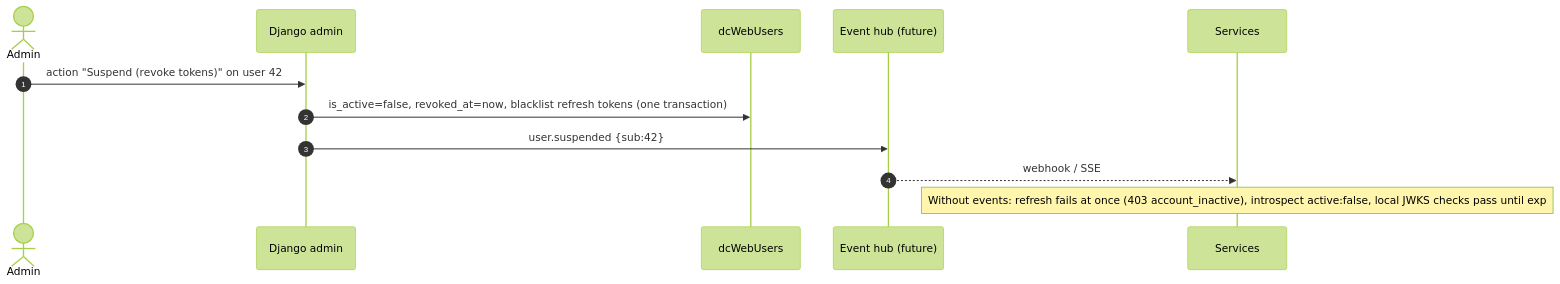
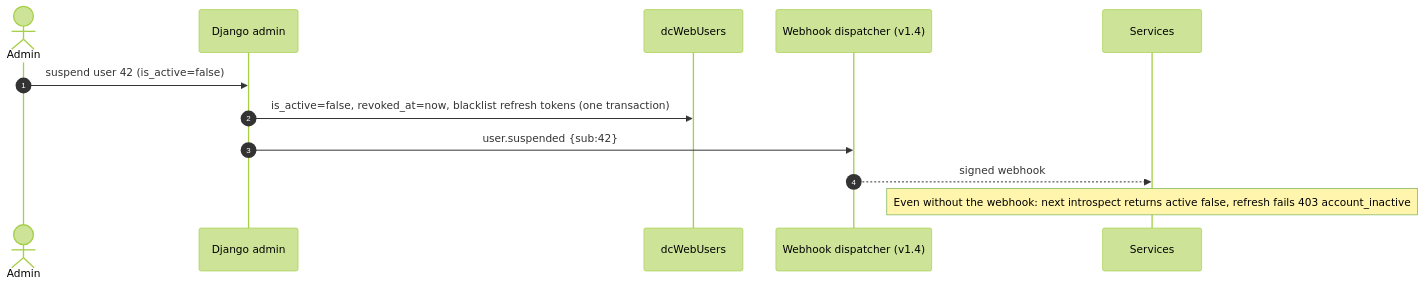
One commit to Neural-Matrix-LLC/SSO-server changed the eighth of 10 diagrams in docs/DESIGN-v1.2-requirements.md. Above: the diagram before and after it, drawn with Mermaid (forest theme). The commit also changed other lines of this file and 4 other files, not shown here.

````diff
--- a/docs/DESIGN-v1.2-requirements.md
+++ b/docs/DESIGN-v1.2-requirements.md
@@ -280,14 +345,14 @@
 ```mermaid
 sequenceDiagram
   autonumber
   actor A as Admin
   participant AD as Django admin
   participant DB as dcWebUsers
-  participant EV as Event hub (future)
+  participant WH as Webhook dispatcher (v1.4)
   participant SV as Services
-  A->>AD: action "Suspend (revoke tokens)" on user 42
+  A->>AD: suspend user 42 (is_active=false)
   AD->>DB: is_active=false, revoked_at=now, blacklist refresh tokens (one transaction)
-  AD->>EV: user.suspended {sub:42}
-  EV-->>SV: webhook / SSE
-  Note over SV: Without events: refresh fails at once (403 account_inactive), introspect active:false, local JWKS checks pass until exp
+  AD->>WH: user.suspended {sub:42}
+  WH-->>SV: signed webhook
+  Note over SV: Even without the webhook: next introspect returns active false, refresh fails 403 account_inactive
 ```
````
